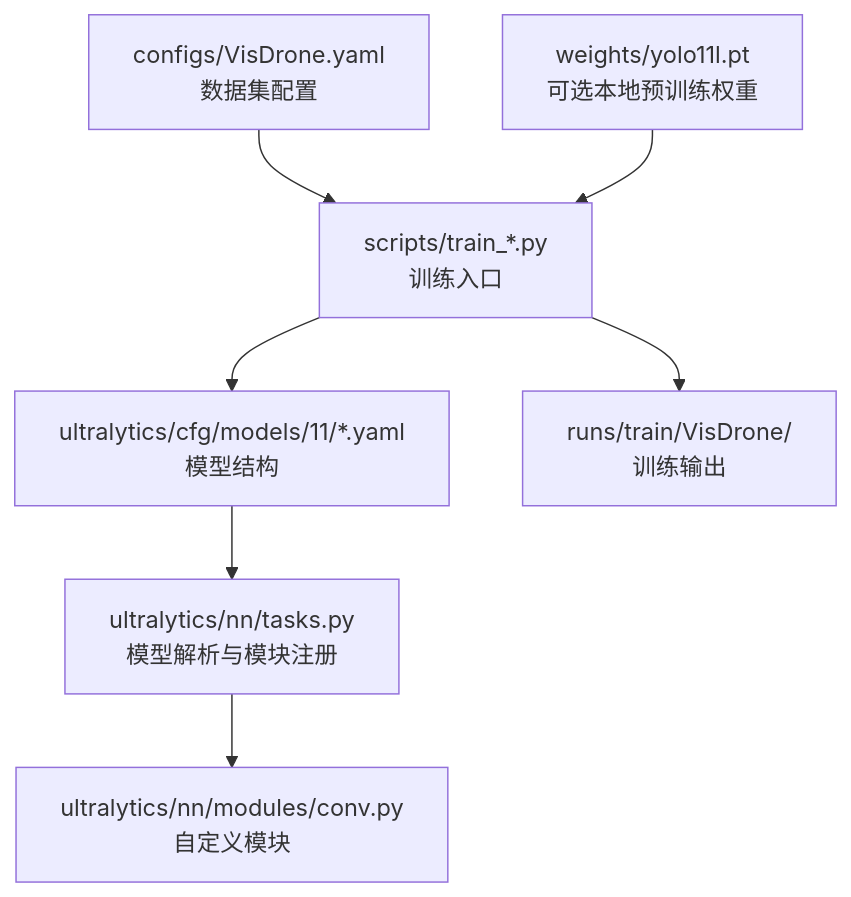
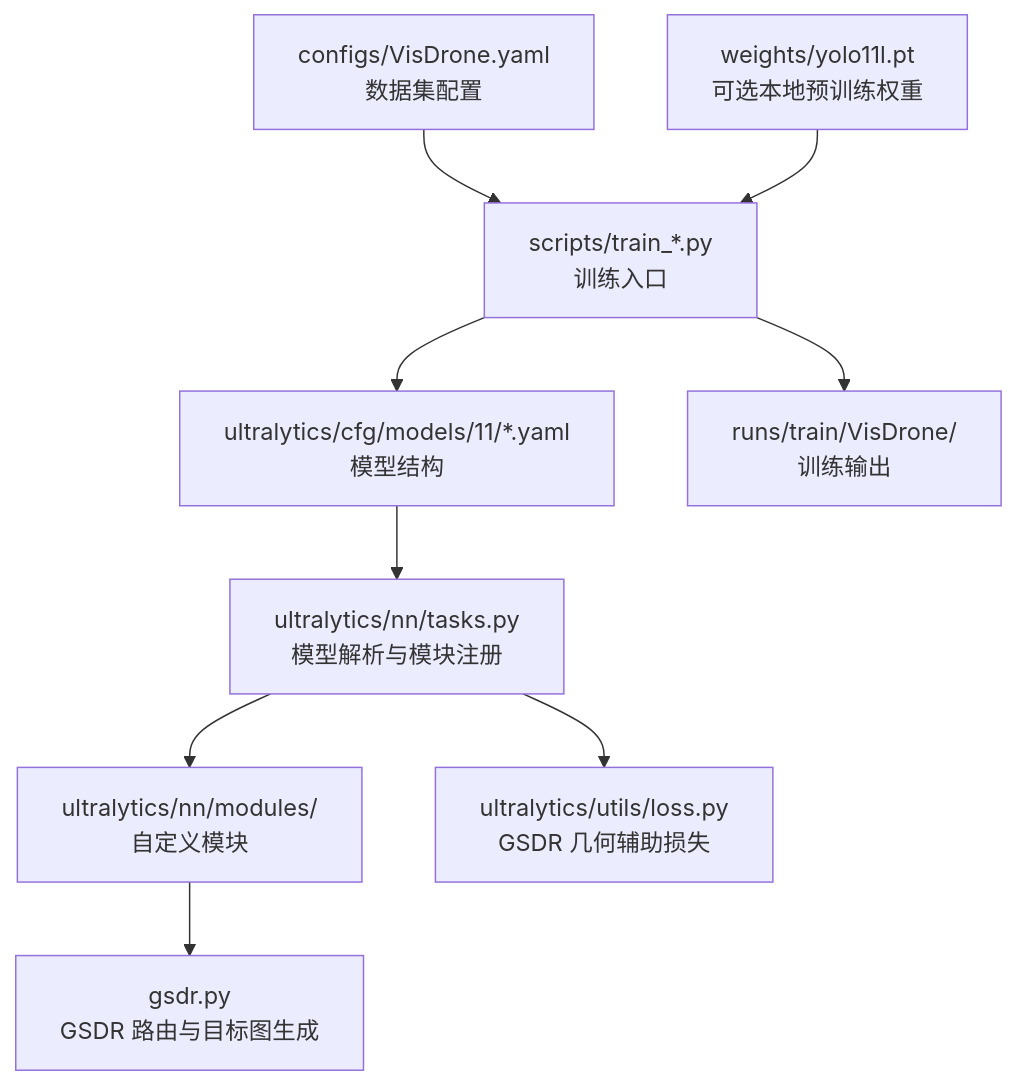
One commit to 1055537213/HSCR-YOLO changed the diagram in README.md. Above: the diagram before and after it, drawn with Mermaid. The commit also changed other lines of this file and 9 other files, not shown here.

````diff
--- a/README.md
+++ b/README.md
@@ -29,9 +48,11 @@
 ```mermaid
 flowchart TD
     A[configs/VisDrone.yaml<br/>数据集配置] --> B[scripts/train_*.py<br/>训练入口]
     B --> C[ultralytics/cfg/models/11/*.yaml<br/>模型结构]
     C --> D[ultralytics/nn/tasks.py<br/>模型解析与模块注册]
-    D --> E[ultralytics/nn/modules/conv.py<br/>自定义模块]
+    D --> E[ultralytics/nn/modules/<br/>自定义模块]
+    E --> H[gsdr.py<br/>GSDR 路由与目标图生成]
+    D --> I[ultralytics/utils/loss.py<br/>GSDR 几何辅助损失]
     B --> F[runs/train/VisDrone/<br/>训练输出]
     G[weights/yolo11l.pt<br/>可选本地预训练权重] --> B
 ```
````
